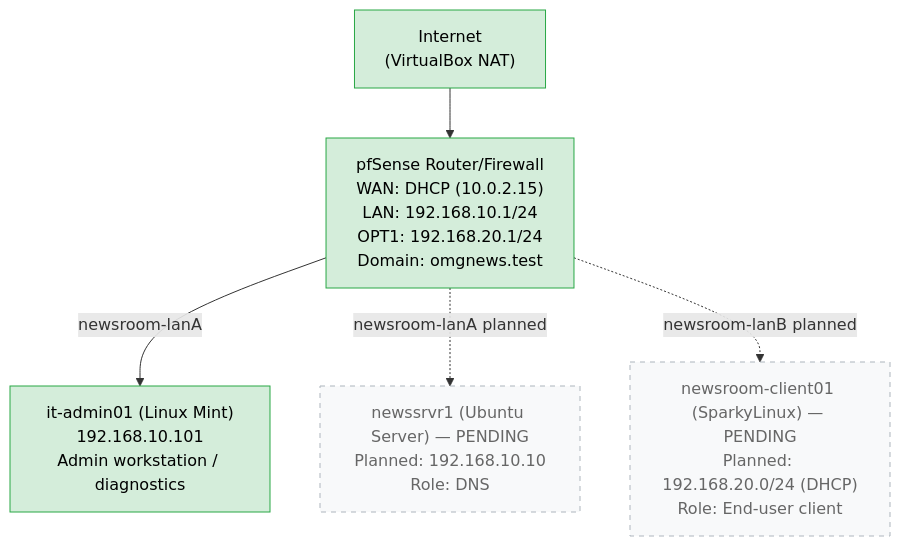
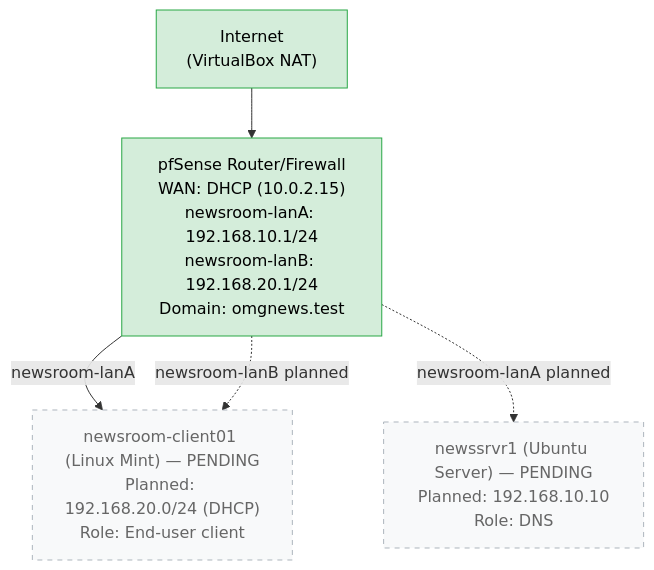
The diagram in Labs/Lab02: Network restructure.md (robbaileyhome-dev/homelab-portfolio), drawn with Mermaid before and after one commit.

Commit message:
Update network diagram with new LAN names

````diff
--- a/Labs/Lab02: Network restructure.md
+++ b/Labs/Lab02: Network restructure.md
@@ -7,18 +7,18 @@
 ```mermaid
 graph TB
     NAT["Internet<br/>(VirtualBox NAT)"]
-    pfSense["pfSense Router/Firewall<br/>WAN: DHCP (10.0.2.15)<br/>LAN: 192.168.10.1/24<br/>OPT1: 192.168.20.1/24<br/>Domain: omgnews.test"]
+    pfSense["pfSense Router/Firewall<br/>WAN: DHCP (10.0.2.15)<br/>newsroom-lanA: 192.168.10.1/24<br/>newsroom-lanB: 192.168.20.1/24<br/>Domain: omgnews.test"]
     Mint["it-admin01 (Linux Mint)<br/>192.168.10.101<br/>Admin workstation / diagnostics"]
     Ubuntu["newssrvr1 (Ubuntu Server) — PENDING<br/>Planned: 192.168.10.10<br/>Role: DNS"]
-    Sparky["newsroom-client01 (SparkyLinux) — PENDING<br/>Planned: 192.168.20.0/24 (DHCP)<br/>Role: End-user client"]
+    Mint["newsroom-client01 (Linux Mint) — PENDING<br/>Planned: 192.168.20.0/24 (DHCP)<br/>Role: End-user client"]
 
     NAT --> pfSense
     pfSense -->|newsroom-lanA| Mint
     pfSense -.->|newsroom-lanA planned| Ubuntu
-    pfSense -.->|newsroom-lanB planned| Sparky
+    pfSense -.->|newsroom-lanB planned| Mint
 
     classDef live fill:#d4edda,stroke:#28a745,color:#000;
     classDef pending fill:#f8f9fa,stroke:#adb5bd,stroke-dasharray: 5 5,color:#666;
     class NAT,pfSense,Mint live;
-    class Ubuntu,Sparky pending;
+    class Ubuntu,Mint pending;
 ```
````
